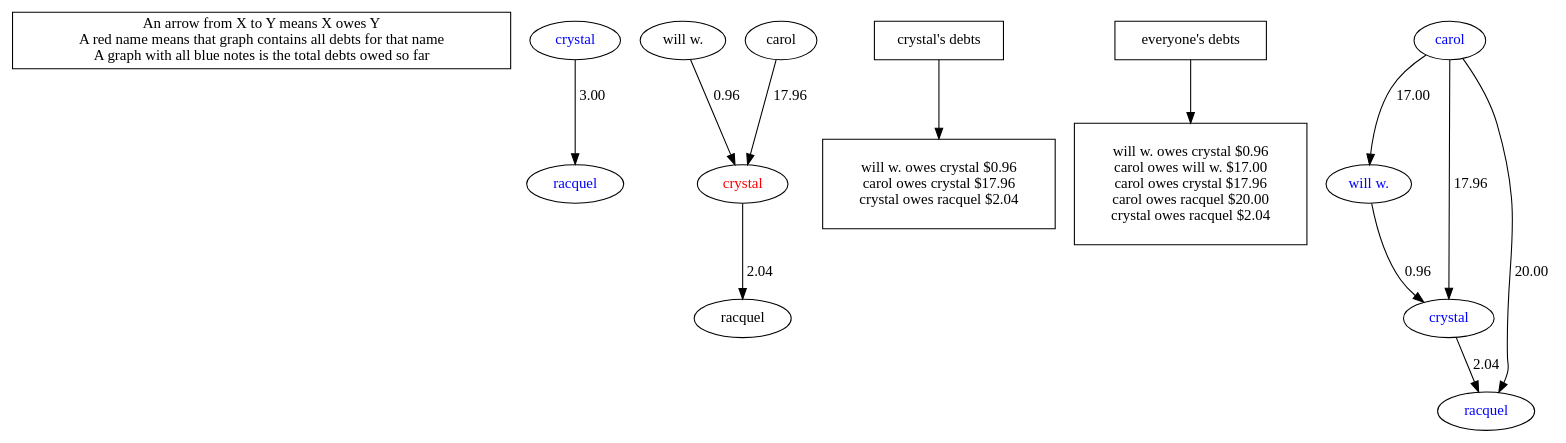
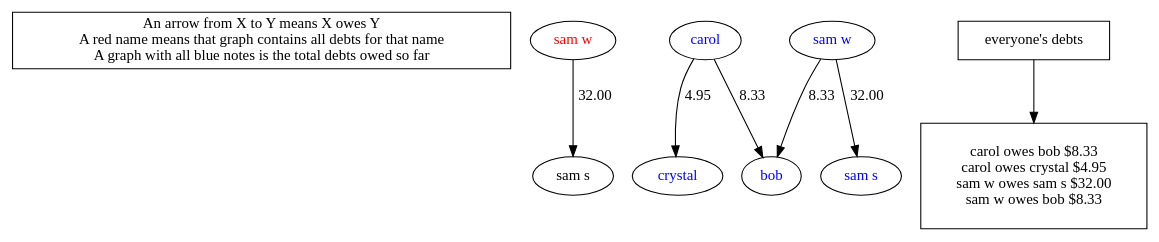
One commit to willywwang/CPSC-410-Project-1 changed the diagram in output.dot. Above: the diagram before and after it, drawn with Graphviz. The commit also changed 10 other files, not shown here.

```diff
--- a/output.dot
+++ b/output.dot
@@ -1,61 +1,37 @@
 digraph G{
 info [shape = box label="An arrow from X to Y means X owes Y 
  A red name means that graph contains all debts for that name
 A graph with all blue notes is the total debts owed so far"]
-1 [label = "crystal"];
-2 [label = "racquel"];
-1->2 [label = "3.00"];
-1 [fontcolor = "blue"];
-2 [fontcolor = "blue"];
-4 [label = "will w."];
-3 [label = "crystal"];
-4->3 [label = "0.96"];
-6 [label = "carol"];
-3 [label = "crystal"];
-6->3 [label = "17.96"];
-3 [label = "crystal"];
-8 [label = "racquel"];
-3->8 [label = "2.04"];
-3 [fontcolor = "red"];
--1 [shape = box label ="crystal's debts"];
+1 [label = "sam w"];
+2 [label = "sam s"];
+1->2 [label = "32.00"];
+1 [fontcolor = "red"];
+3 [label = "carol"];
+4 [label = "bob"];
+3->4 [label = "8.33"];
+3 [fontcolor = "blue"];
+4 [fontcolor = "blue"];
+3 [label = "carol"];
+5 [label = "crystal"];
+3->5 [label = "4.95"];
+3 [fontcolor = "blue"];
+5 [fontcolor = "blue"];
+6 [label = "sam w"];
+7 [label = "sam s"];
+6->7 [label = "32.00"];
+6 [fontcolor = "blue"];
+7 [fontcolor = "blue"];
+6 [label = "sam w"];
+4 [label = "bob"];
+6->4 [label = "8.33"];
+6 [fontcolor = "blue"];
+4 [fontcolor = "blue"];
+-1 [shape = box label =" everyone's debts"];
 -1.5 [shape = box label ="
-will w. owes crystal $0.96 
- carol owes crystal $17.96 
- crystal owes racquel $2.04 
+carol owes bob $8.33 
+ carol owes crystal $4.95 
+ sam w owes sam s $32.00 
+ sam w owes bob $8.33 
  "];
 -1->-1.5;
--2 [shape = box label =" everyone's debts"];
--2.5 [shape = box label ="
-will w. owes crystal $0.96 
- carol owes will w. $17.00 
- carol owes crystal $17.96 
- carol owes racquel $20.00 
- crystal owes racquel $2.04 
- "];
--2->-2.5;
-9 [label = "will w."];
-10 [label = "crystal"];
-9->10 [label = "0.96"];
-9 [fontcolor = "blue"];
-10 [fontcolor = "blue"];
-11 [label = "carol"];
-9 [label = "will w."];
-11->9 [label = "17.00"];
-11 [fontcolor = "blue"];
-9 [fontcolor = "blue"];
-11 [label = "carol"];
-10 [label = "crystal"];
-11->10 [label = "17.96"];
-11 [fontcolor = "blue"];
-10 [fontcolor = "blue"];
-11 [label = "carol"];
-12 [label = "racquel"];
-11->12 [label = "20.00"];
-11 [fontcolor = "blue"];
-12 [fontcolor = "blue"];
-10 [label = "crystal"];
-12 [label = "racquel"];
-10->12 [label = "2.04"];
-10 [fontcolor = "blue"];
-12 [fontcolor = "blue"];
 }
```
